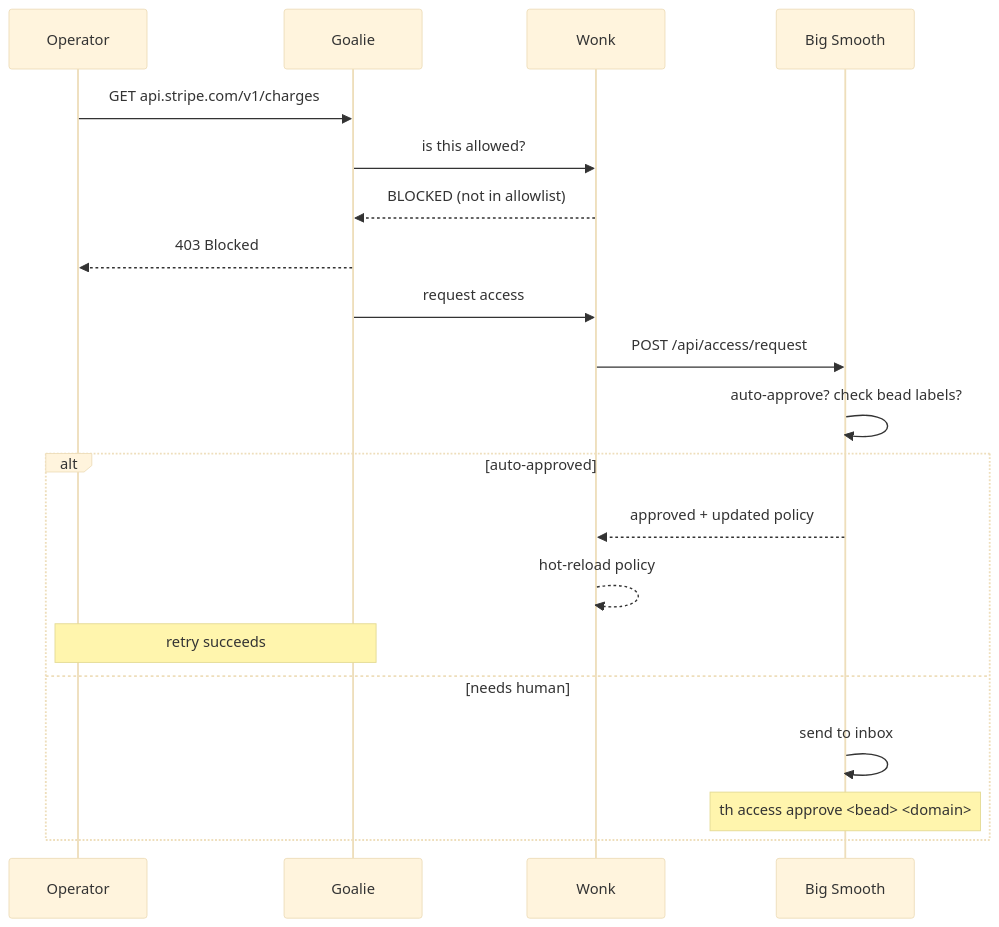
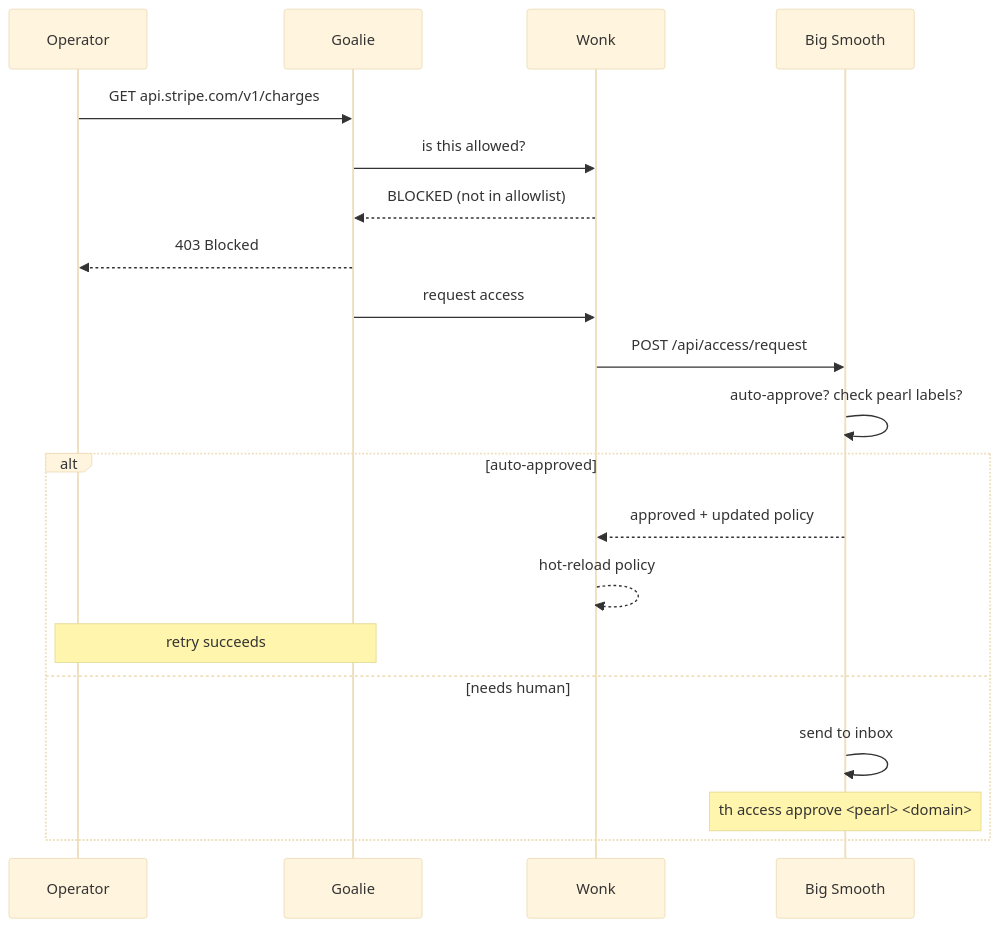
Before and after one commit to SmooAI/smooth: the fifth of 5 diagrams in README.md, drawn with Mermaid (base theme). The commit also changed other lines of this file, not shown here.

````diff
--- a/README.md
+++ b/README.md
@@ -266,23 +299,23 @@
 ```mermaid
 sequenceDiagram
     participant Op as Operator
     participant G as Goalie
     participant W as Wonk
     participant BS as Big Smooth
 
     Op->>G: GET api.stripe.com/v1/charges
     G->>W: is this allowed?
     W-->>G: BLOCKED (not in allowlist)
     G-->>Op: 403 Blocked
     G->>W: request access
     W->>BS: POST /api/access/request
-    BS->>BS: auto-approve? check bead labels?
+    BS->>BS: auto-approve? check pearl labels?
     alt auto-approved
         BS-->>W: approved + updated policy
         W-->>W: hot-reload policy
         Note over Op,G: retry succeeds
     else needs human
         BS->>BS: send to inbox
-        Note over BS: th access approve <bead> <domain>
+        Note over BS: th access approve <pearl> <domain>
     end
 ```
````
